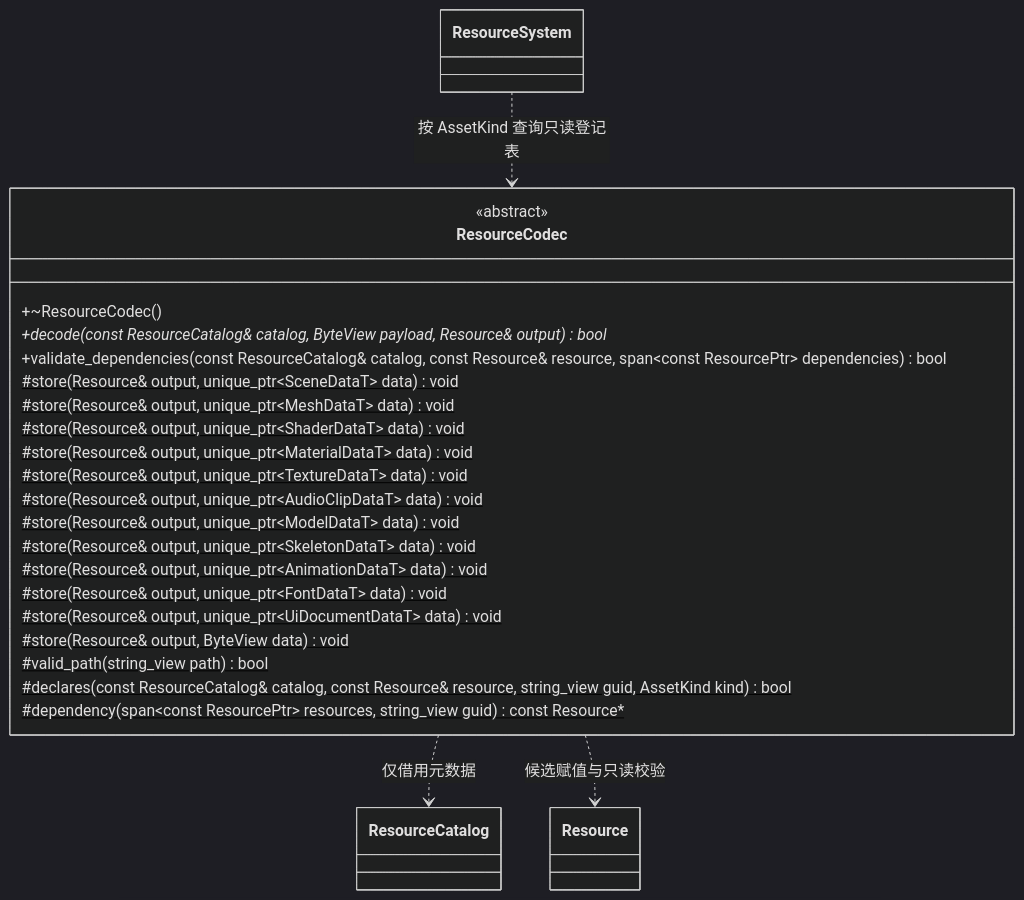
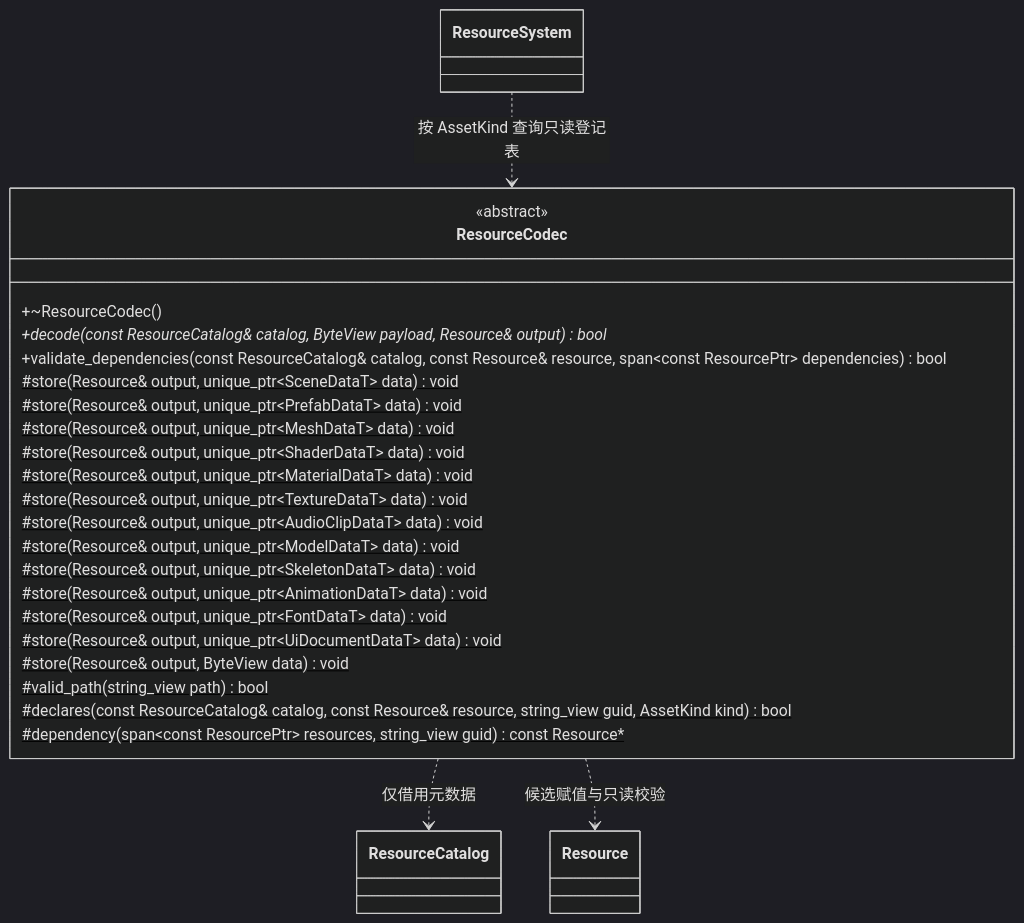
The first of 5 diagrams in docs/runtime/class-diagrams/resource-codecs.md (lcals/Engine), drawn with Mermaid (dark theme) before and after one commit. The commit also changed other lines of this file and 193 other files, not shown here.

````diff
--- a/docs/runtime/class-diagrams/resource-codecs.md
+++ b/docs/runtime/class-diagrams/resource-codecs.md
@@ -9,30 +9,31 @@
 ```mermaid
 classDiagram
     class ResourceCodec {
         <<abstract>>
         +~ResourceCodec()
         +decode(const ResourceCatalog& catalog, ByteView payload, Resource& output) bool*
         +validate_dependencies(const ResourceCatalog& catalog, const Resource& resource, span~const ResourcePtr~ dependencies) bool
         #store(Resource& output, unique_ptr~SceneDataT~ data) void$
+        #store(Resource& output, unique_ptr~PrefabDataT~ data) void$
         #store(Resource& output, unique_ptr~MeshDataT~ data) void$
         #store(Resource& output, unique_ptr~ShaderDataT~ data) void$
         #store(Resource& output, unique_ptr~MaterialDataT~ data) void$
         #store(Resource& output, unique_ptr~TextureDataT~ data) void$
         #store(Resource& output, unique_ptr~AudioClipDataT~ data) void$
         #store(Resource& output, unique_ptr~ModelDataT~ data) void$
         #store(Resource& output, unique_ptr~SkeletonDataT~ data) void$
         #store(Resource& output, unique_ptr~AnimationDataT~ data) void$
         #store(Resource& output, unique_ptr~FontDataT~ data) void$
         #store(Resource& output, unique_ptr~UiDocumentDataT~ data) void$
         #store(Resource& output, ByteView data) void$
         #valid_path(string_view path) bool$
         #declares(const ResourceCatalog& catalog, const Resource& resource, string_view guid, AssetKind kind) bool$
         #dependency(span~const ResourcePtr~ resources, string_view guid) const Resource#42;$
     }
     class ResourceSystem
     class ResourceCatalog
     class Resource
     ResourceSystem ..> ResourceCodec : 按 AssetKind 查询只读登记表
     ResourceCodec ..> ResourceCatalog : 仅借用元数据
     ResourceCodec ..> Resource : 候选赋值与只读校验
 ```
````
